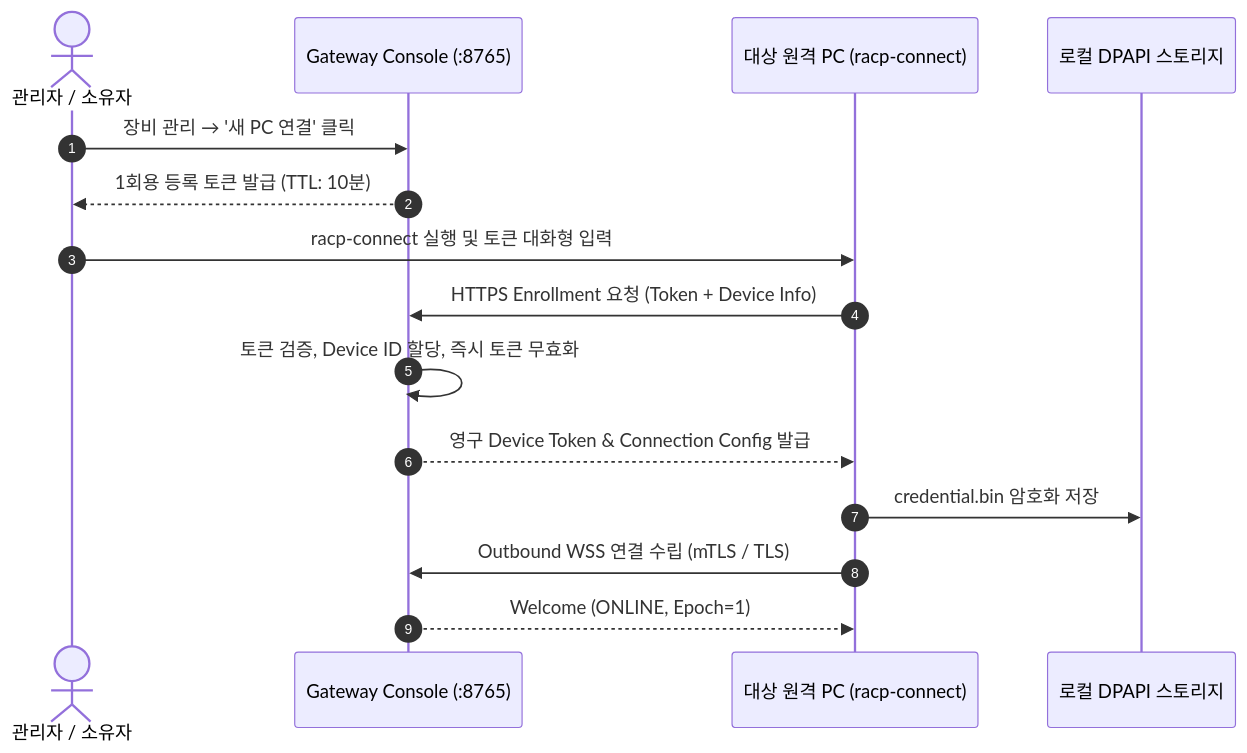
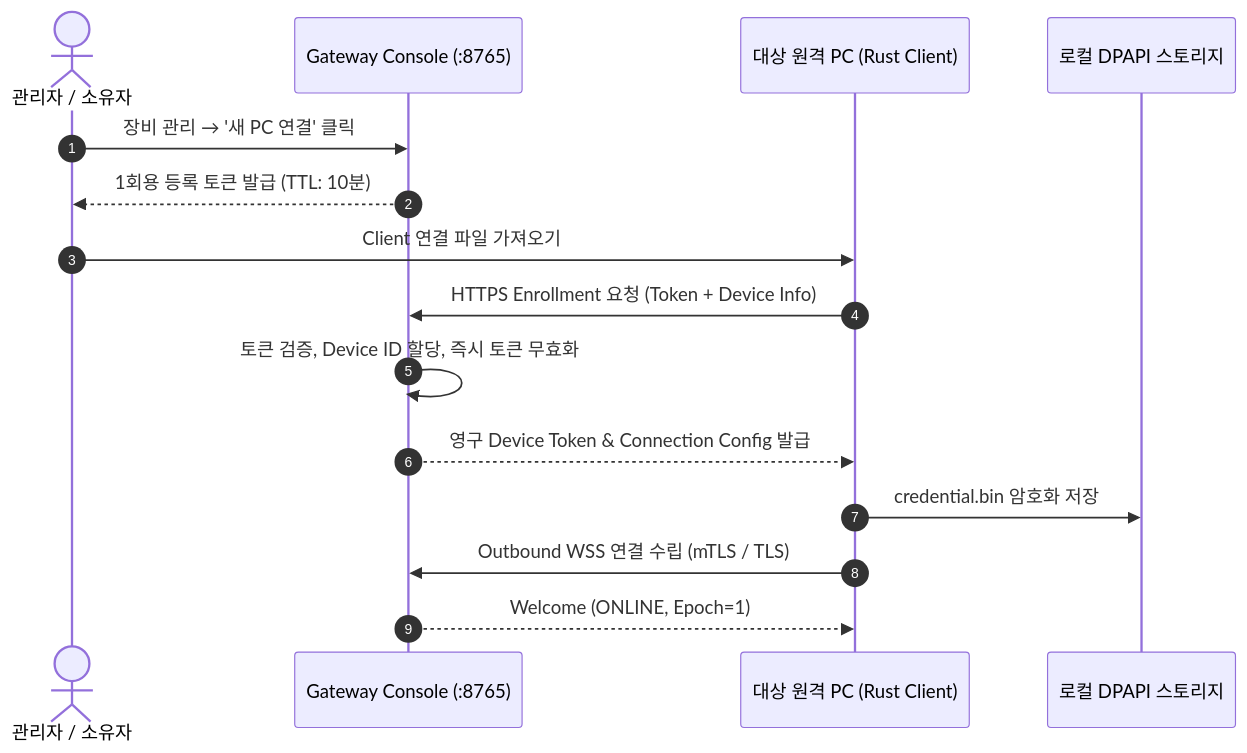
One commit to tlsdbcjs/Remote-Desktop-Commander changed the diagram in docs/guides/pc-connect-guide.md. Above: the diagram before and after it, drawn with Mermaid. The commit also changed other lines of this file and 205 other files, not shown here.

Commit message:
refactor(client): retire Python Agent and Electron runtime after Rust migration

````diff
--- a/docs/guides/pc-connect-guide.md
+++ b/docs/guides/pc-connect-guide.md
@@ -31,18 +31,18 @@
 ```mermaid
 sequenceDiagram
     autonumber
     actor Owner as 관리자 / 소유자
     participant Console as Gateway Console (:8765)
-    participant ClientPC as 대상 원격 PC (racp-connect)
+    participant ClientPC as 대상 원격 PC (Rust Client)
     participant AgentStore as 로컬 DPAPI 스토리지
 
     Owner->>Console: 장비 관리 → '새 PC 연결' 클릭
     Console-->>Owner: 1회용 등록 토큰 발급 (TTL: 10분)
-    Owner->>ClientPC: racp-connect 실행 및 토큰 대화형 입력
+    Owner->>ClientPC: Client 연결 파일 가져오기
     ClientPC->>Console: HTTPS Enrollment 요청 (Token + Device Info)
     Console->>Console: 토큰 검증, Device ID 할당, 즉시 토큰 무효화
     Console-->>ClientPC: 영구 Device Token & Connection Config 발급
     ClientPC->>AgentStore: credential.bin 암호화 저장
     ClientPC->>Console: Outbound WSS 연결 수립 (mTLS / TLS)
     Console-->>ClientPC: Welcome (ONLINE, Epoch=1)
 ```
````
